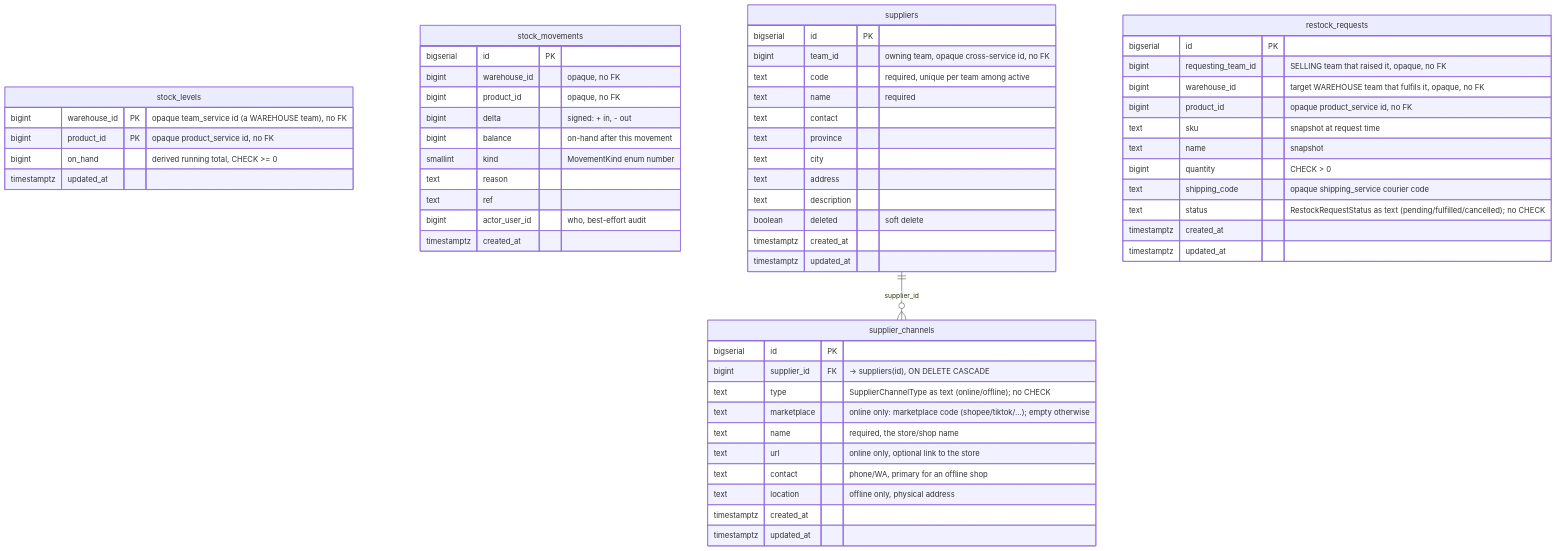
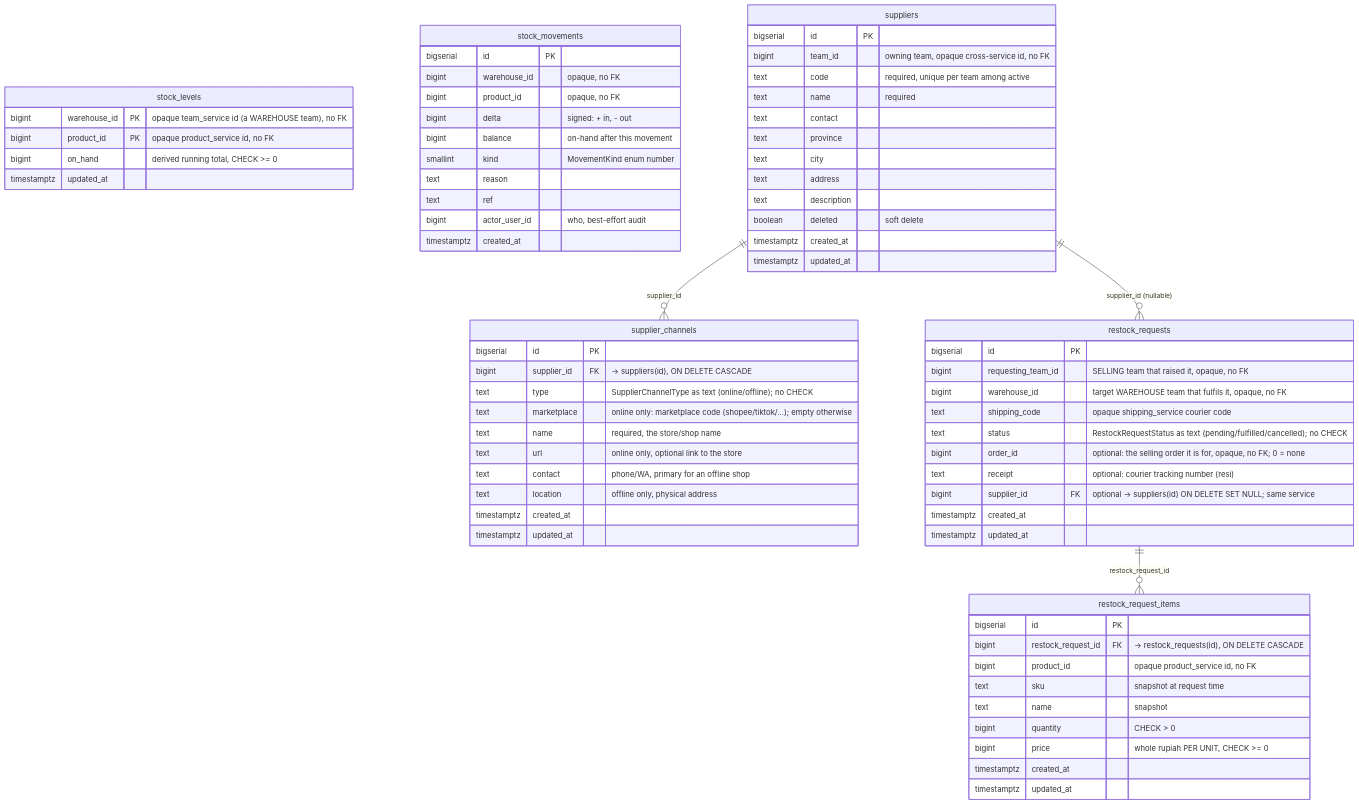
The eighth of 10 diagrams in docs/database-schema.md (pdcgo/warehouse_revamp), drawn with Mermaid before and after one commit. The commit also changed other lines of this file and 15 other files, not shown here.

````diff
--- a/docs/database-schema.md
+++ b/docs/database-schema.md
@@ -349,66 +349,80 @@
 ```mermaid
 erDiagram
     stock_levels {
         bigint      warehouse_id PK "opaque team_service id (a WAREHOUSE team), no FK"
         bigint      product_id   PK "opaque product_service id, no FK"
         bigint      on_hand      "derived running total, CHECK >= 0"
         timestamptz updated_at
     }
 
     stock_movements {
         bigserial   id            PK
         bigint      warehouse_id  "opaque, no FK"
         bigint      product_id    "opaque, no FK"
         bigint      delta         "signed: + in, - out"
         bigint      balance       "on-hand after this movement"
         smallint    kind          "MovementKind enum number"
         text        reason
         text        ref
         bigint      actor_user_id "who, best-effort audit"
         timestamptz created_at
     }
 
     suppliers ||--o{ supplier_channels : "supplier_id"
 
     suppliers {
         bigserial   id          PK
         bigint      team_id     "owning team, opaque cross-service id, no FK"
         text        code        "required, unique per team among active"
         text        name        "required"
         text        contact
         text        province
         text        city
         text        address
         text        description
         boolean     deleted     "soft delete"
         timestamptz created_at
         timestamptz updated_at
     }
 
     supplier_channels {
         bigserial   id          PK
         bigint      supplier_id FK "-> suppliers(id), ON DELETE CASCADE"
         text        type        "SupplierChannelType as text (online/offline); no CHECK"
         text        marketplace "online only: marketplace code (shopee/tiktok/...); empty otherwise"
         text        name        "required, the store/shop name"
         text        url         "online only, optional link to the store"
         text        contact     "phone/WA, primary for an offline shop"
         text        location    "offline only, physical address"
         timestamptz created_at
         timestamptz updated_at
     }
 
+    restock_requests ||--o{ restock_request_items : "restock_request_id"
+    suppliers ||--o{ restock_requests : "supplier_id (nullable)"
+
     restock_requests {
         bigserial   id                 PK
         bigint      requesting_team_id "SELLING team that raised it, opaque, no FK"
         bigint      warehouse_id       "target WAREHOUSE team that fulfils it, opaque, no FK"
+        text        shipping_code      "opaque shipping_service courier code"
+        text        status             "RestockRequestStatus as text (pending/fulfilled/cancelled); no CHECK"
+        bigint      order_id           "optional: the selling order it is for, opaque, no FK; 0 = none"
+        text        receipt            "optional: courier tracking number (resi)"
+        bigint      supplier_id        FK "optional -> suppliers(id) ON DELETE SET NULL; same service"
+        timestamptz created_at
+        timestamptz updated_at
+    }
+
+    restock_request_items {
+        bigserial   id                 PK
+        bigint      restock_request_id FK "-> restock_requests(id), ON DELETE CASCADE"
         bigint      product_id         "opaque product_service id, no FK"
         text        sku                "snapshot at request time"
         text        name               "snapshot"
         bigint      quantity           "CHECK > 0"
-        text        shipping_code      "opaque shipping_service courier code"
-        text        status             "RestockRequestStatus as text (pending/fulfilled/cancelled); no CHECK"
+        bigint      price              "whole rupiah PER UNIT, CHECK >= 0"
         timestamptz created_at
         timestamptz updated_at
     }
 ```
````
